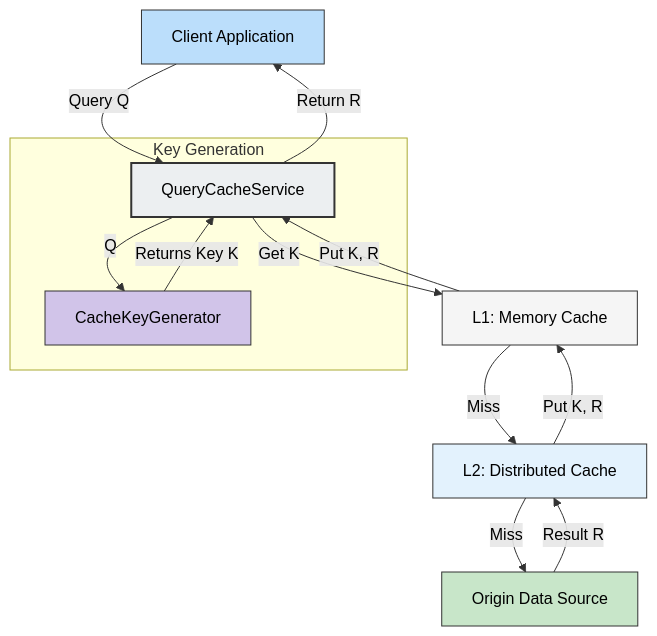
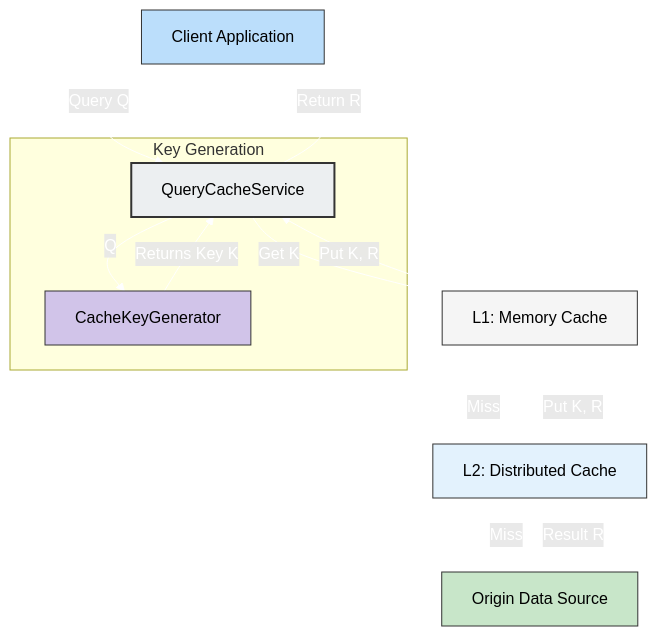
One commit to pradhyu/query-cache-service changed the first of 2 diagrams in README.md. Above: the diagram before and after it, drawn with Mermaid. The commit also changed other lines of this file, not shown here.

Commit message:
Optimize diagrams for dark backgrounds (white arrows)

````diff
--- a/README.md
+++ b/README.md
@@ -16,27 +16,27 @@
 ```mermaid
 graph TD
     Client[Client Application] -->|Query Q| Service[QueryCacheService]
     
     subgraph "Key Generation"
         Service -->|Q| KG[CacheKeyGenerator]
         KG -->|Returns Key K| Service
     end
     
     Service -->|Get K| L1[L1: Memory Cache]
     L1 -->|Miss| L2[L2: Distributed Cache]
     L2 -->|Miss| Origin[Origin Data Source]
     
     Origin -->|Result R| L2
     L2 -->|Put K, R| L1
     L1 -->|Put K, R| Service
     Service -->|Return R| Client
     
     style Service fill:#eceff1,stroke:#333,stroke-width:2px,color:#000
     style KG fill:#d1c4e9,stroke:#333,color:#000
     style Origin fill:#c8e6c9,stroke:#333,color:#000
     style Client fill:#bbdefb,stroke:#333,color:#000
     style L1 fill:#f5f5f5,stroke:#333,color:#000
     style L2 fill:#e3f2fd,stroke:#333,color:#000
     
-    linkStyle default stroke:#333,stroke-width:1px,color:#000
+    linkStyle default stroke:#fff,stroke-width:1px,color:#fff
 ```
````
